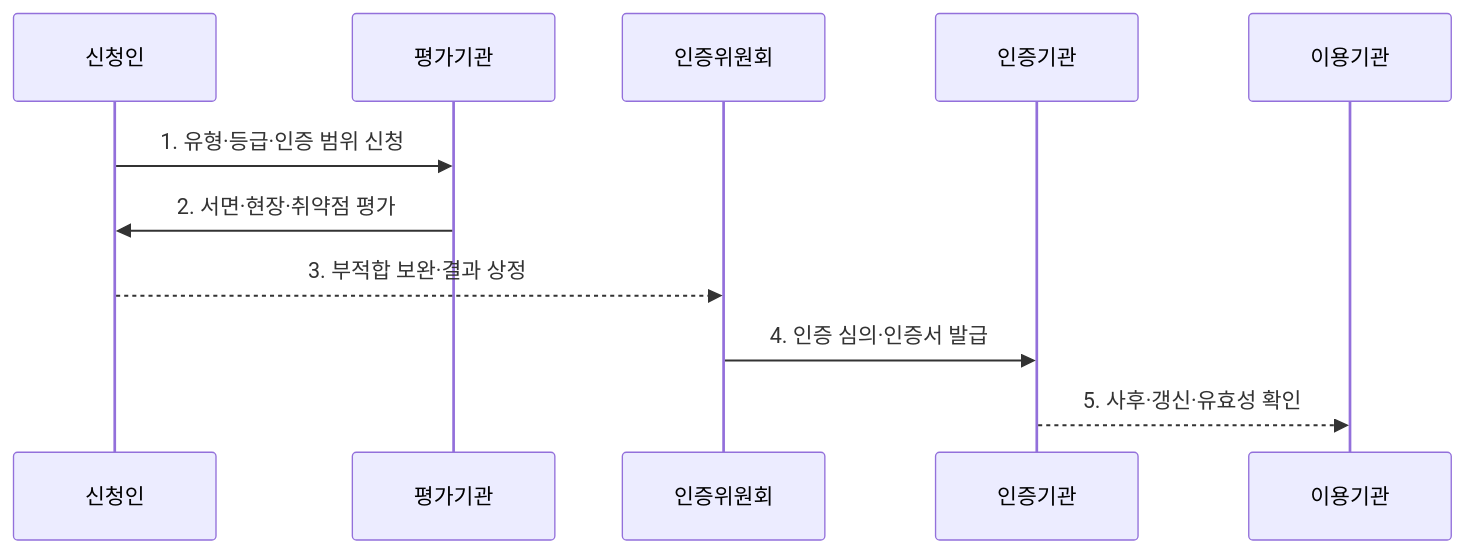
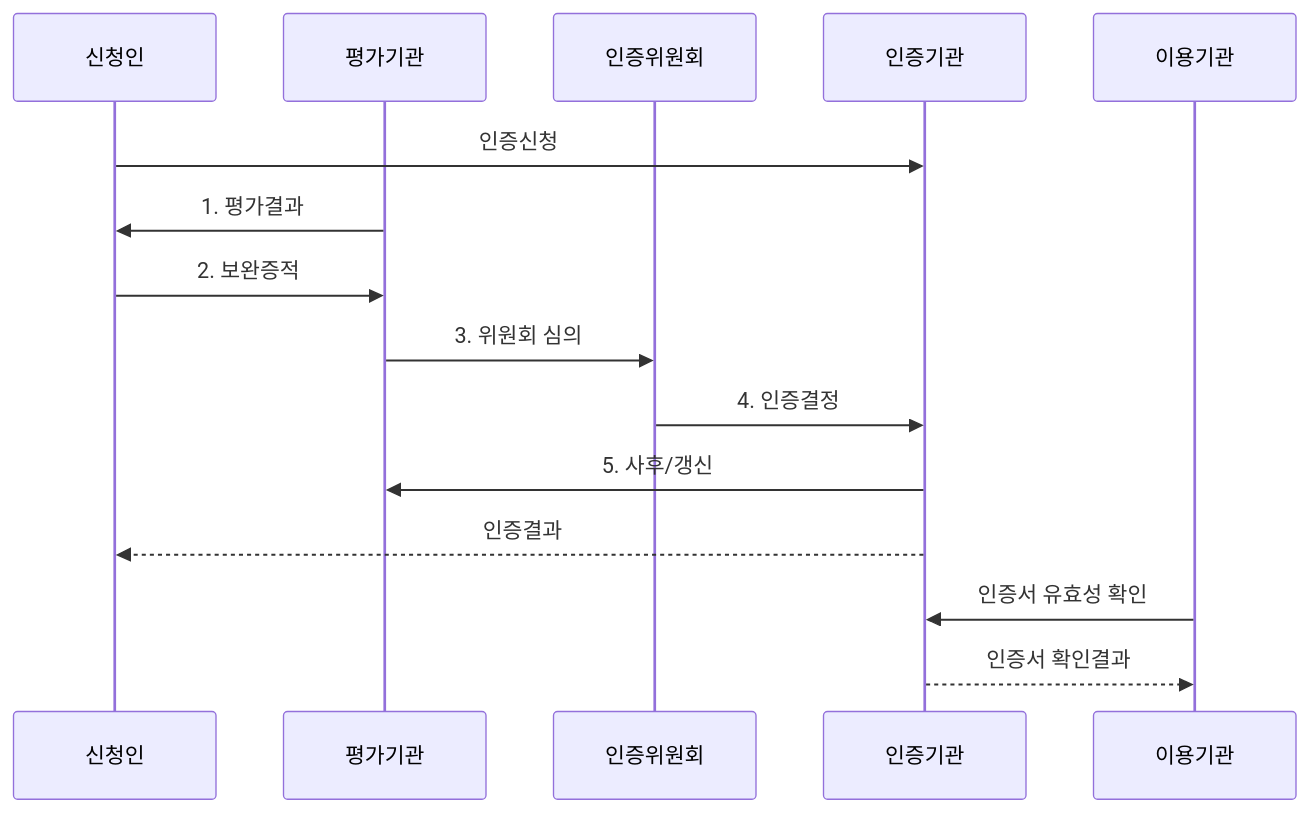
Before and after one commit to agnusdei1207/knowledge-base: the second of 2 diagrams in src/content/docs/notes/05-security/075_csap.md, drawn with Mermaid. The commit also changed other lines of this file and 20 other files, not shown here.

````diff
--- a/src/content/docs/notes/05-security/075_csap.md
+++ b/src/content/docs/notes/05-security/075_csap.md
@@ -89,13 +91,17 @@
 ```mermaid
 sequenceDiagram
     participant A as 신청인
     participant E as 평가기관
     participant C as 인증위원회
     participant I as 인증기관
     participant U as 이용기관
-    A->>E: 1. 유형·등급·인증 범위 신청
-    E->>A: 2. 서면·현장·취약점 평가
-    A-->>C: 3. 부적합 보완·결과 상정
-    C->>I: 4. 인증 심의·인증서 발급
-    I-->>U: 5. 사후·갱신·유효성 확인
+    A->>I: 인증신청
+    E->>A: 1. 평가결과
+    A->>E: 2. 보완증적
+    E->>C: 3. 위원회 심의
+    C->>I: 4. 인증결정
+    I->>E: 5. 사후/갱신
+    I-->>A: 인증결과
+    U->>I: 인증서 유효성 확인
+    I-->>U: 인증서 확인결과
 ```
````
